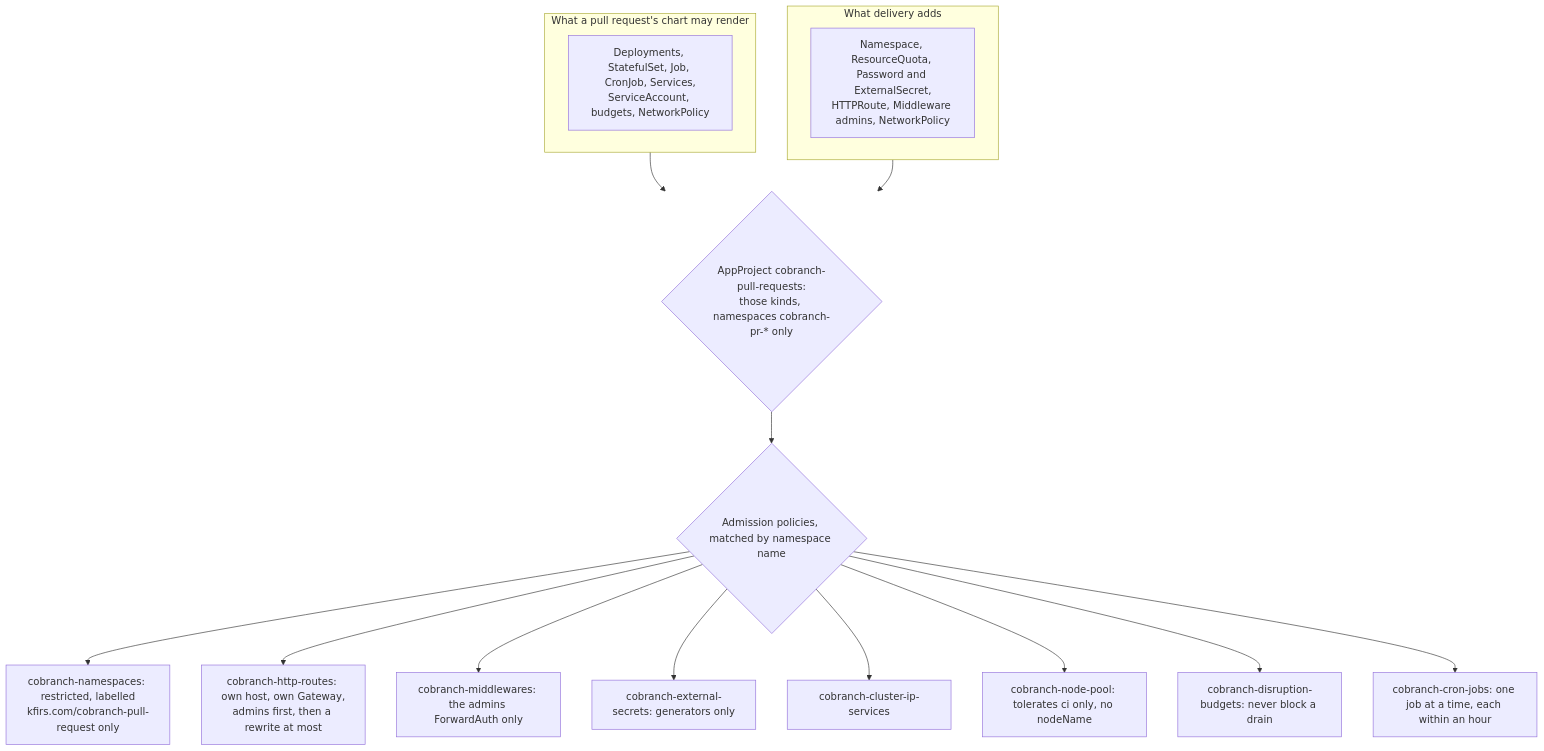
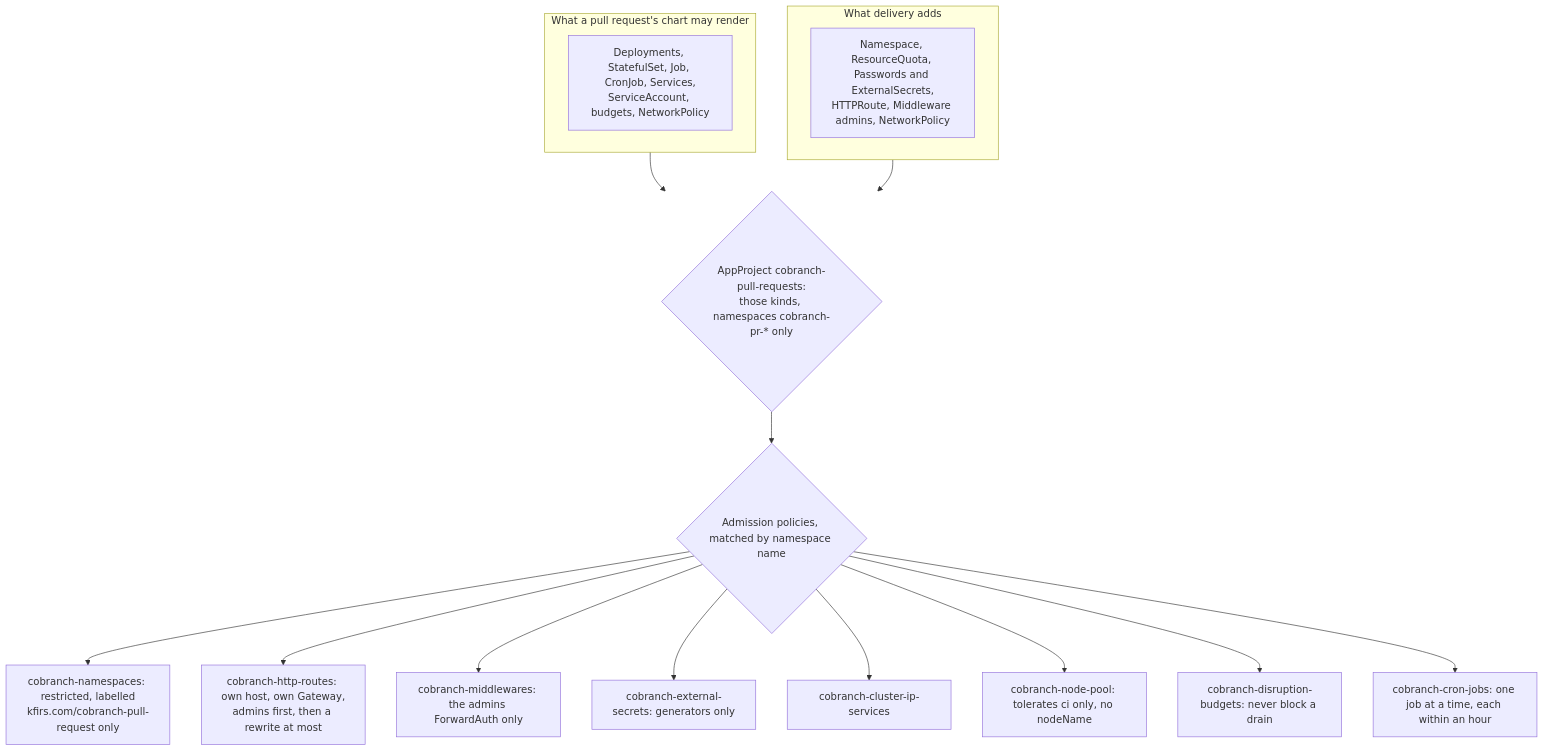
One commit to arikkfir-org/delivery changed the fourth of 4 diagrams in docs/delivery/designs/cobranch-previews.md. Above: the diagram before and after it, drawn with Mermaid. The commit also changed other lines of this file and 10 other files, not shown here.

````diff
--- a/docs/delivery/designs/cobranch-previews.md
+++ b/docs/delivery/designs/cobranch-previews.md
@@ -74,20 +74,20 @@
 ```mermaid
 flowchart TB
   subgraph code["What a pull request's chart may render"]
     K1["Deployments, StatefulSet, Job, CronJob, Services,<br/>ServiceAccount, budgets, NetworkPolicy"]
   end
   subgraph hub["What delivery adds"]
-    K2["Namespace, ResourceQuota, Password and ExternalSecret,<br/>HTTPRoute, Middleware admins, NetworkPolicy"]
+    K2["Namespace, ResourceQuota, Passwords and ExternalSecrets,<br/>HTTPRoute, Middleware admins, NetworkPolicy"]
   end
   code --> Proj{"AppProject cobranch-pull-requests:<br/>those kinds, namespaces cobranch-pr-* only"}
   hub --> Proj
   Proj --> Pol{"Admission policies, matched by namespace name"}
   Pol --> P1["cobranch-namespaces: restricted, labelled<br/>kfirs.com/cobranch-pull-request only"]
   Pol --> P2["cobranch-http-routes: own host, own Gateway,<br/>admins first, then a rewrite at most"]
   Pol --> P3["cobranch-middlewares: the admins ForwardAuth only"]
   Pol --> P4["cobranch-external-secrets: generators only"]
   Pol --> P5["cobranch-cluster-ip-services"]
   Pol --> P6["cobranch-node-pool: tolerates ci only, no nodeName"]
   Pol --> P7["cobranch-disruption-budgets: never block a drain"]
   Pol --> P8["cobranch-cron-jobs: one job at a time, each within an hour"]
 ```
````
